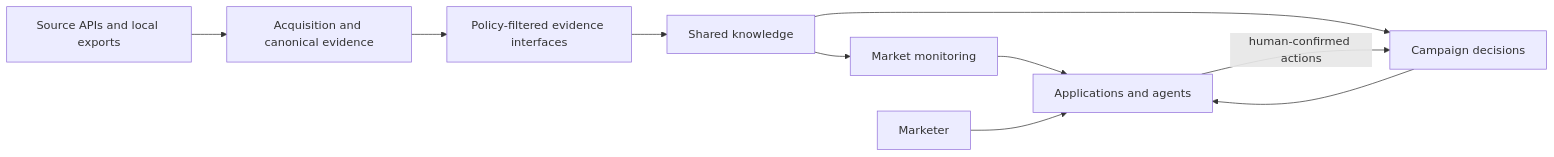
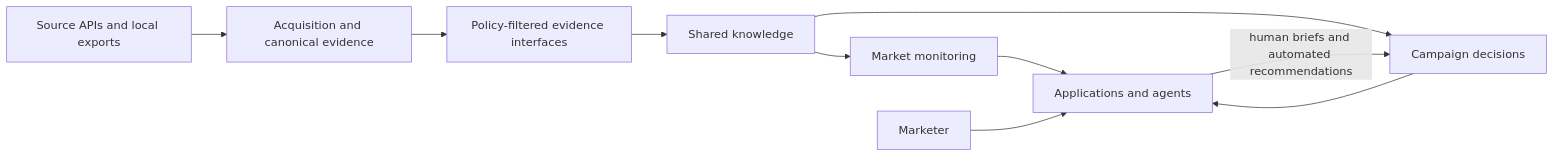
Before and after one commit to jinroylee/social-marketing-intelligence: the first of 4 diagrams in docs/architecture.md, drawn with Mermaid. The commit also changed other lines of this file and 20 other files, not shown here.

````diff
--- a/docs/architecture.md
+++ b/docs/architecture.md
@@ -7,12 +7,12 @@
 ```mermaid
 flowchart LR
     Sources[Source APIs and local exports] --> Acquisition[Acquisition and canonical evidence]
     Acquisition --> Evidence[Policy-filtered evidence interfaces]
     Evidence --> Knowledge[Shared knowledge]
     Knowledge --> Monitoring[Market monitoring]
     Knowledge --> Decisions[Campaign decisions]
     Monitoring --> App[Applications and agents]
     Decisions --> App
     Human[Marketer] --> App
-    App -->|human-confirmed actions| Decisions
+    App -->|human briefs and automated recommendations| Decisions
 ```
````
